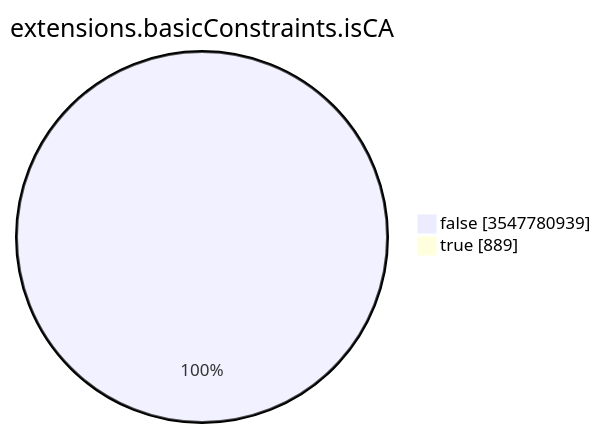
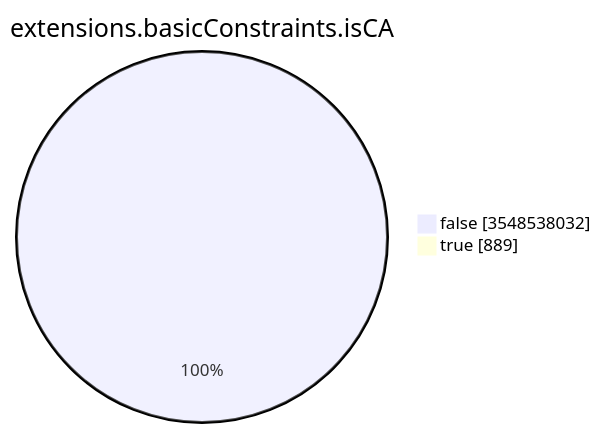
Before and after one commit to christiankrug/ctmonitor_visualization: the seventh of 15 diagrams in TOTAL/README.md, drawn with Mermaid. The commit also changed other lines of this file, not shown here.

````diff
--- a/TOTAL/README.md
+++ b/TOTAL/README.md
@@ -3094,6 +3094,6 @@
 ```mermaid
 pie showData
 title extensions.basicConstraints.isCA
-"false" :3547780939
+"false" :3548538032
 "true" :889
 ```
````
